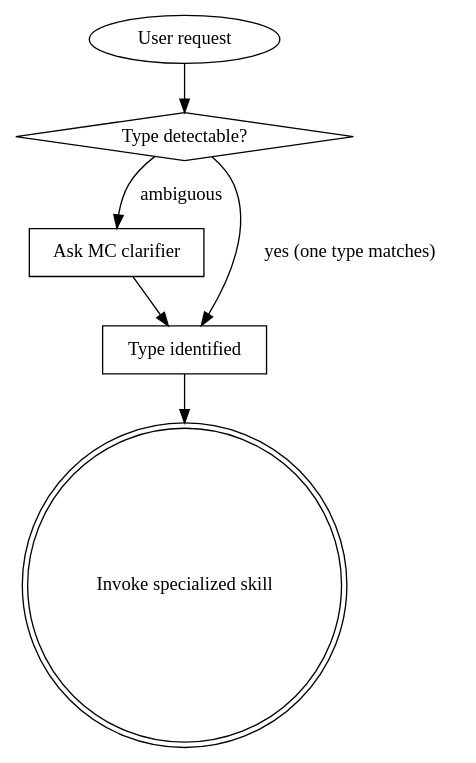
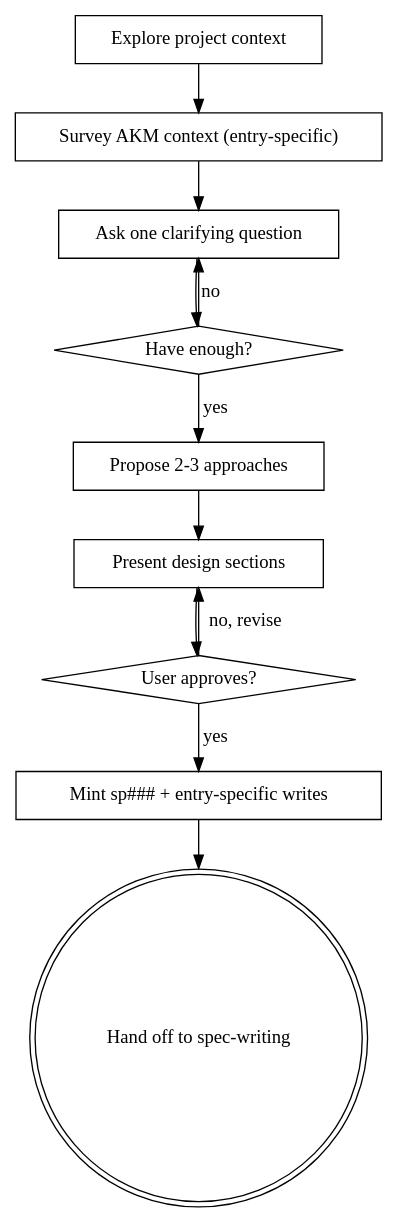
One commit to b3tchi/dotfiles changed the diagram in claude/marketplace/plugins/infinifu/skills/idea-brainstorming/SKILL.md. Above: the diagram before and after it, drawn with Graphviz. The commit also changed other lines of this file and 5 other files, not shown here.

First line of the commit message:
refactor(infinifu): invert idea-brainstorming → shared basics; entry skills go direct

````diff
--- a/claude/marketplace/plugins/infinifu/skills/idea-brainstorming/SKILL.md
+++ b/claude/marketplace/plugins/infinifu/skills/idea-brainstorming/SKILL.md
@@ -33,15 +79,24 @@
 ```dot
-digraph route {
-    "User request" [shape=oval];
-    "Type detectable?" [shape=diamond];
-    "Ask MC clarifier" [shape=box];
-    "Type identified" [shape=box];
-    "Invoke specialized skill" [shape=doublecircle];
+digraph brainstorm_basics {
+    "Explore project context" [shape=box];
+    "Survey AKM context (entry-specific)" [shape=box];
+    "Ask one clarifying question" [shape=box];
+    "Have enough?" [shape=diamond];
+    "Propose 2-3 approaches" [shape=box];
+    "Present design sections" [shape=box];
+    "User approves?" [shape=diamond];
+    "Mint sp### + entry-specific writes" [shape=box];
+    "Hand off to spec-writing" [shape=doublecircle];
 
-    "User request" -> "Type detectable?";
-    "Type detectable?" -> "Type identified" [label="yes (one type matches)"];
-    "Type detectable?" -> "Ask MC clarifier" [label="ambiguous"];
-    "Ask MC clarifier" -> "Type identified";
-    "Type identified" -> "Invoke specialized skill";
+    "Explore project context" -> "Survey AKM context (entry-specific)";
+    "Survey AKM context (entry-specific)" -> "Ask one clarifying question";
+    "Ask one clarifying question" -> "Have enough?";
+    "Have enough?" -> "Ask one clarifying question" [label="no"];
+    "Have enough?" -> "Propose 2-3 approaches" [label="yes"];
+    "Propose 2-3 approaches" -> "Present design sections";
+    "Present design sections" -> "User approves?";
+    "User approves?" -> "Present design sections" [label="no, revise"];
+    "User approves?" -> "Mint sp### + entry-specific writes" [label="yes"];
+    "Mint sp### + entry-specific writes" -> "Hand off to spec-writing";
 }
 ```
````
